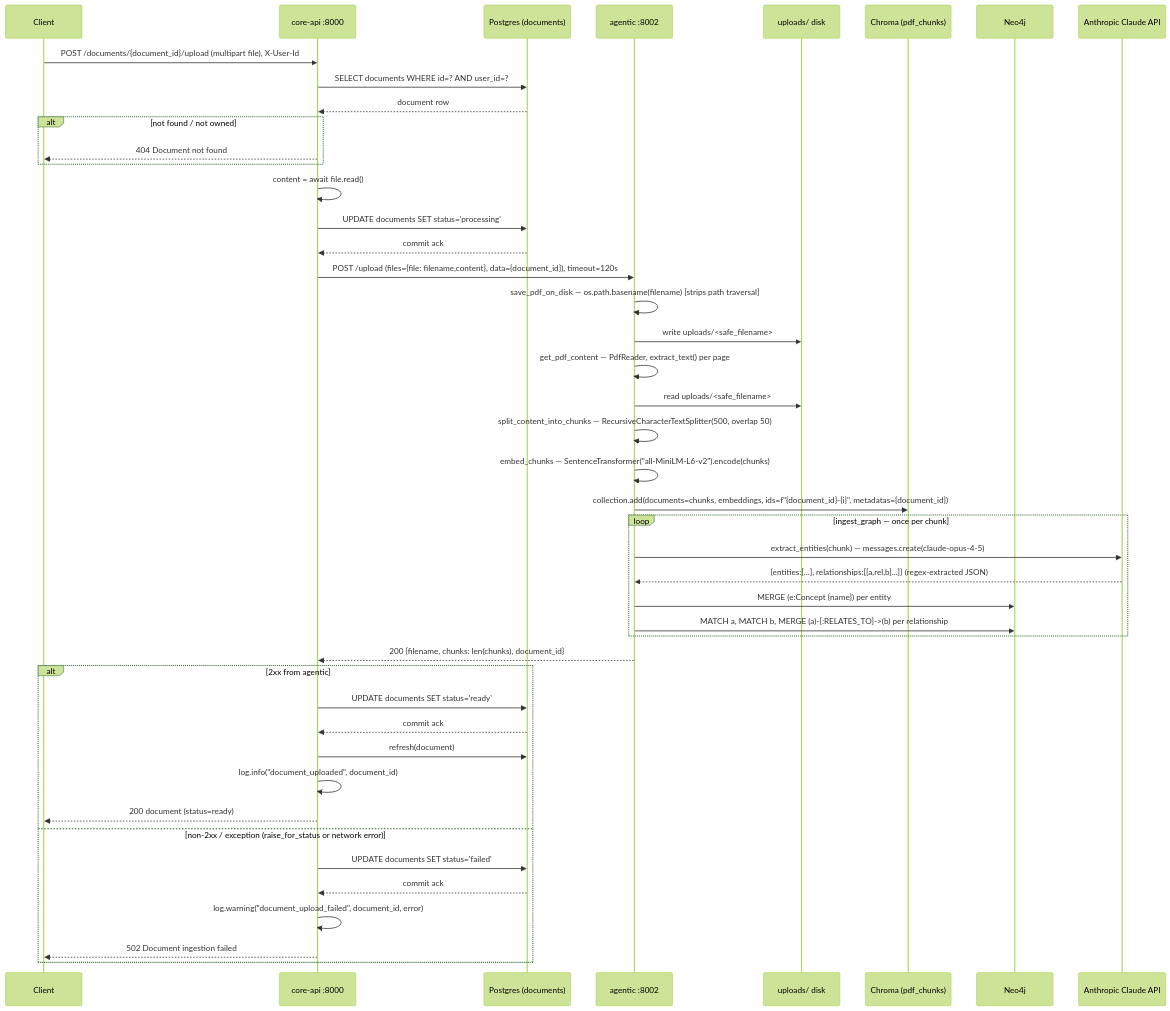
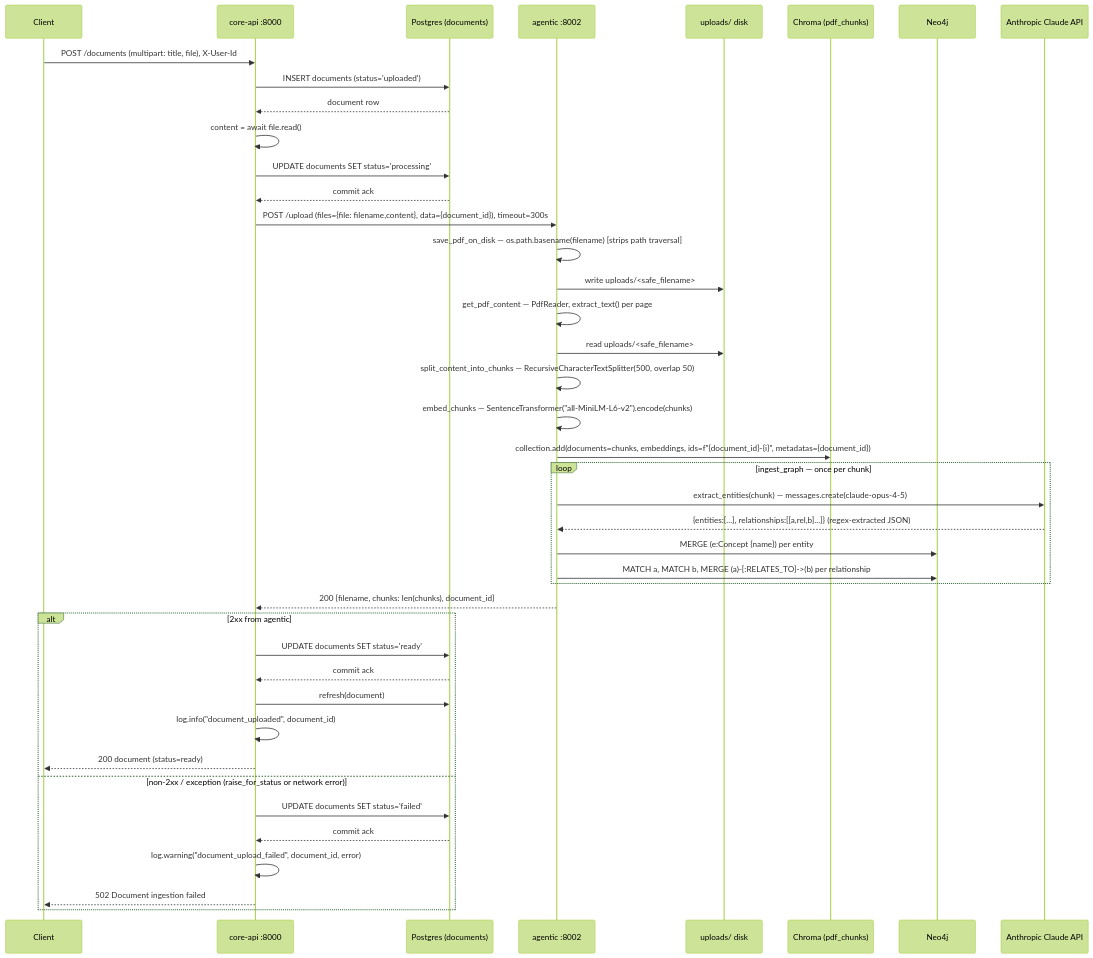
One commit to codeshivamsi-sketch/ai_study_assistant_edumind changed the third of 5 diagrams in docs/architecture.md. Above: the diagram before and after it, drawn with Mermaid (forest theme). The commit also changed other lines of this file and 113 other files, not shown here.

````diff
--- a/docs/architecture.md
+++ b/docs/architecture.md
@@ -96,52 +199,49 @@
 ```mermaid
 sequenceDiagram
     participant C as Client
     participant API as core-api :8000
     participant PG as Postgres (documents)
     participant A as agentic :8002
     participant D as uploads/ disk
     participant CH as Chroma (pdf_chunks)
     participant N as Neo4j
     participant CL as Anthropic Claude API
 
-    C->>API: POST /documents/{document_id}/upload (multipart file), X-User-Id
-    API->>PG: SELECT documents WHERE id=? AND user_id=?
+    C->>API: POST /documents (multipart: title, file), X-User-Id
+    API->>PG: INSERT documents (status='uploaded')
     PG-->>API: document row
-    alt not found / not owned
-        API-->>C: 404 Document not found
-    end
     API->>API: content = await file.read()
     API->>PG: UPDATE documents SET status='processing'
     PG-->>API: commit ack
-    API->>A: POST /upload (files={file: filename,content}, data={document_id}), timeout=120s
+    API->>A: POST /upload (files={file: filename,content}, data={document_id}), timeout=300s
 
     A->>A: save_pdf_on_disk — os.path.basename(filename) [strips path traversal]
     A->>D: write uploads/<safe_filename>
     A->>A: get_pdf_content — PdfReader, extract_text() per page
     A->>D: read uploads/<safe_filename>
     A->>A: split_content_into_chunks — RecursiveCharacterTextSplitter(500, overlap 50)
     A->>A: embed_chunks — SentenceTransformer("all-MiniLM-L6-v2").encode(chunks)
     A->>CH: collection.add(documents=chunks, embeddings, ids=f"{document_id}-{i}", metadatas={document_id})
 
     loop ingest_graph — once per chunk
         A->>CL: extract_entities(chunk) — messages.create(claude-opus-4-5)
         CL-->>A: {entities:[...], relationships:[[a,rel,b]...]} (regex-extracted JSON)
         A->>N: MERGE (e:Concept {name}) per entity
         A->>N: MATCH a, MATCH b, MERGE (a)-[:RELATES_TO]->(b) per relationship
     end
 
     A-->>API: 200 {filename, chunks: len(chunks), document_id}
 
     alt 2xx from agentic
         API->>PG: UPDATE documents SET status='ready'
         PG-->>API: commit ack
         API->>PG: refresh(document)
         API->>API: log.info("document_uploaded", document_id)
         API-->>C: 200 document (status=ready)
     else non-2xx / exception (raise_for_status or network error)
         API->>PG: UPDATE documents SET status='failed'
         PG-->>API: commit ack
         API->>API: log.warning("document_upload_failed", document_id, error)
         API-->>C: 502 Document ingestion failed
     end
 ```
````
